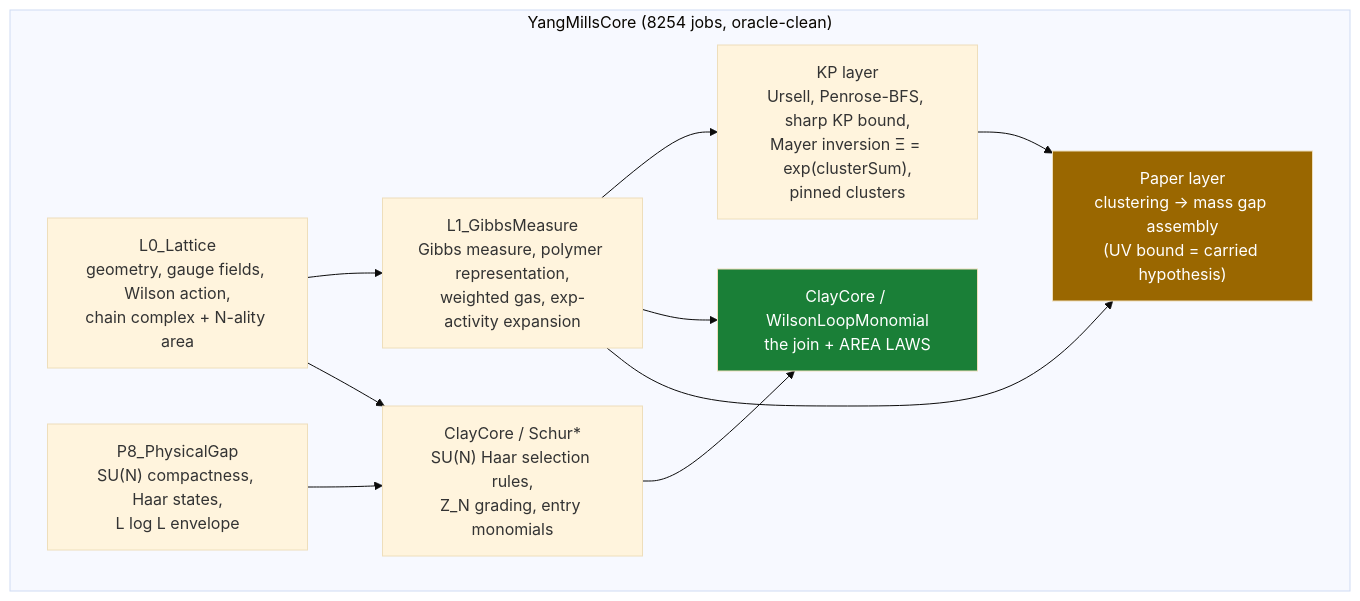
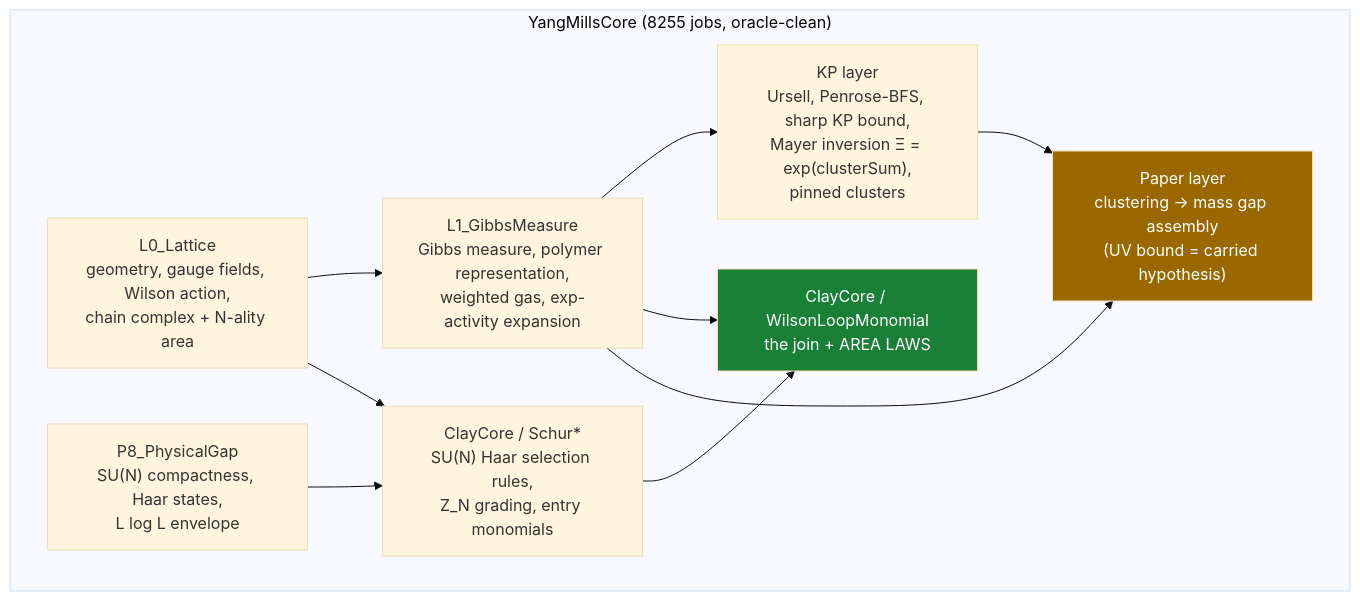
One commit to lluiseriksson/THE-ERIKSSON-PROGRAMME changed the diagram in README.md. Above: the diagram before and after it, drawn with Mermaid (base theme). The commit also changed other lines of this file and 6 other files, not shown here.

First line of the commit message:
hRpoly P2a: M-cube adjacency graph + concrete lattice summability (RG/CubeLattice.lean)

````diff
--- a/README.md
+++ b/README.md
@@ -204,20 +204,20 @@
 ```mermaid
 graph TD
-    subgraph core["YangMillsCore  (8254 jobs, oracle-clean)"]
+    subgraph core["YangMillsCore  (8255 jobs, oracle-clean)"]
         L0["L0_Lattice<br/>geometry, gauge fields, Wilson action,<br/>chain complex + N-ality area"]
         L1["L1_GibbsMeasure<br/>Gibbs measure, polymer representation,<br/>weighted gas, exp-activity expansion"]
         KP["KP layer<br/>Ursell, Penrose-BFS, sharp KP bound,<br/>Mayer inversion Ξ = exp(clusterSum),<br/>pinned clusters"]
         SCHUR["ClayCore / Schur*<br/>SU(N) Haar selection rules,<br/>Z_N grading, entry monomials"]
         WLM["ClayCore / WilsonLoopMonomial<br/>the join + AREA LAWS"]
         PAPER["Paper layer<br/>clustering → mass gap assembly<br/>(UV bound = carried hypothesis)"]
         P8["P8_PhysicalGap<br/>SU(N) compactness, Haar states,<br/>L log L envelope"]
     end
     L0 --> L1 --> KP
     L0 --> SCHUR --> WLM
     L1 --> WLM
     L1 --> PAPER
     KP --> PAPER
     P8 --> SCHUR
     style WLM fill:#1a7f37,color:#fff
     style PAPER fill:#9a6700,color:#fff
 ```
````
